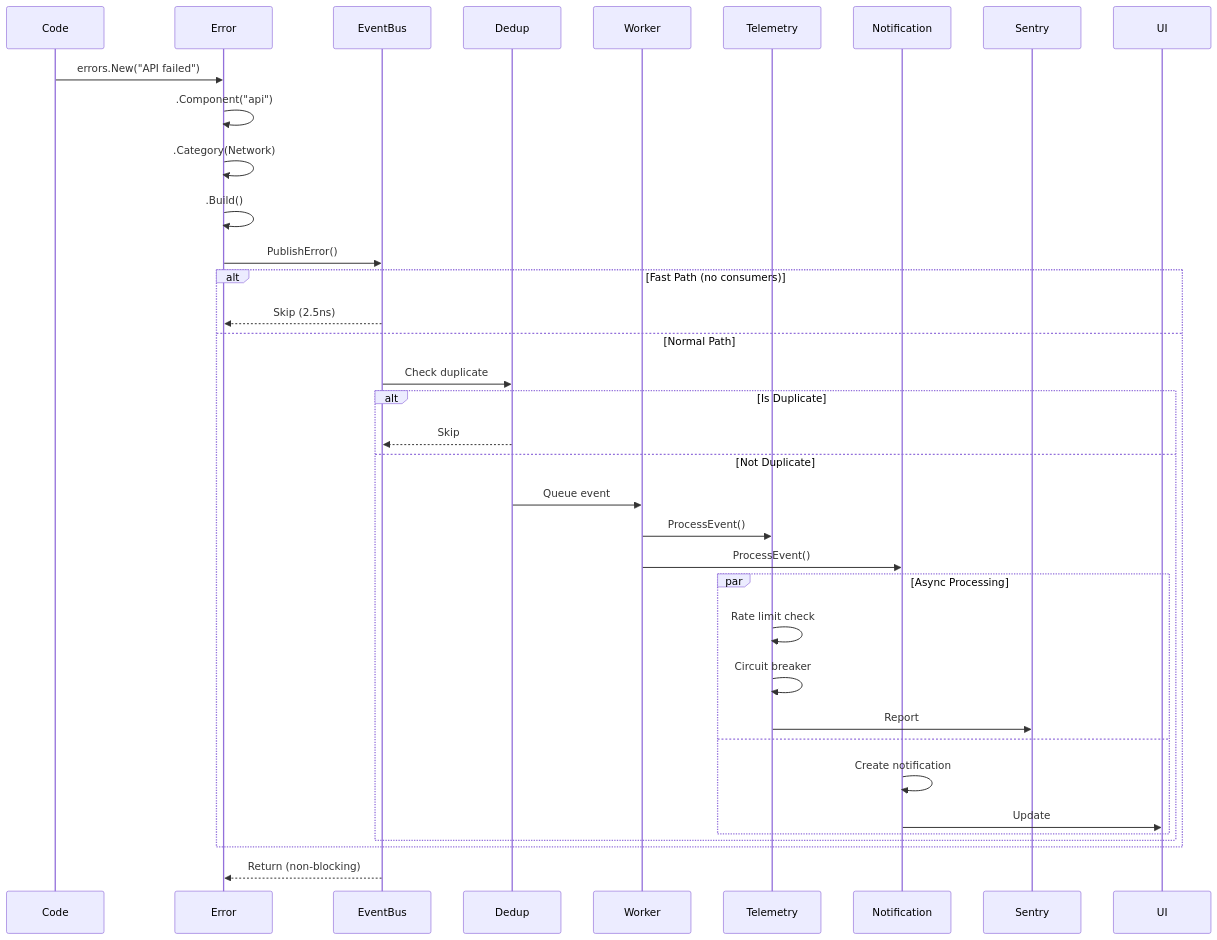
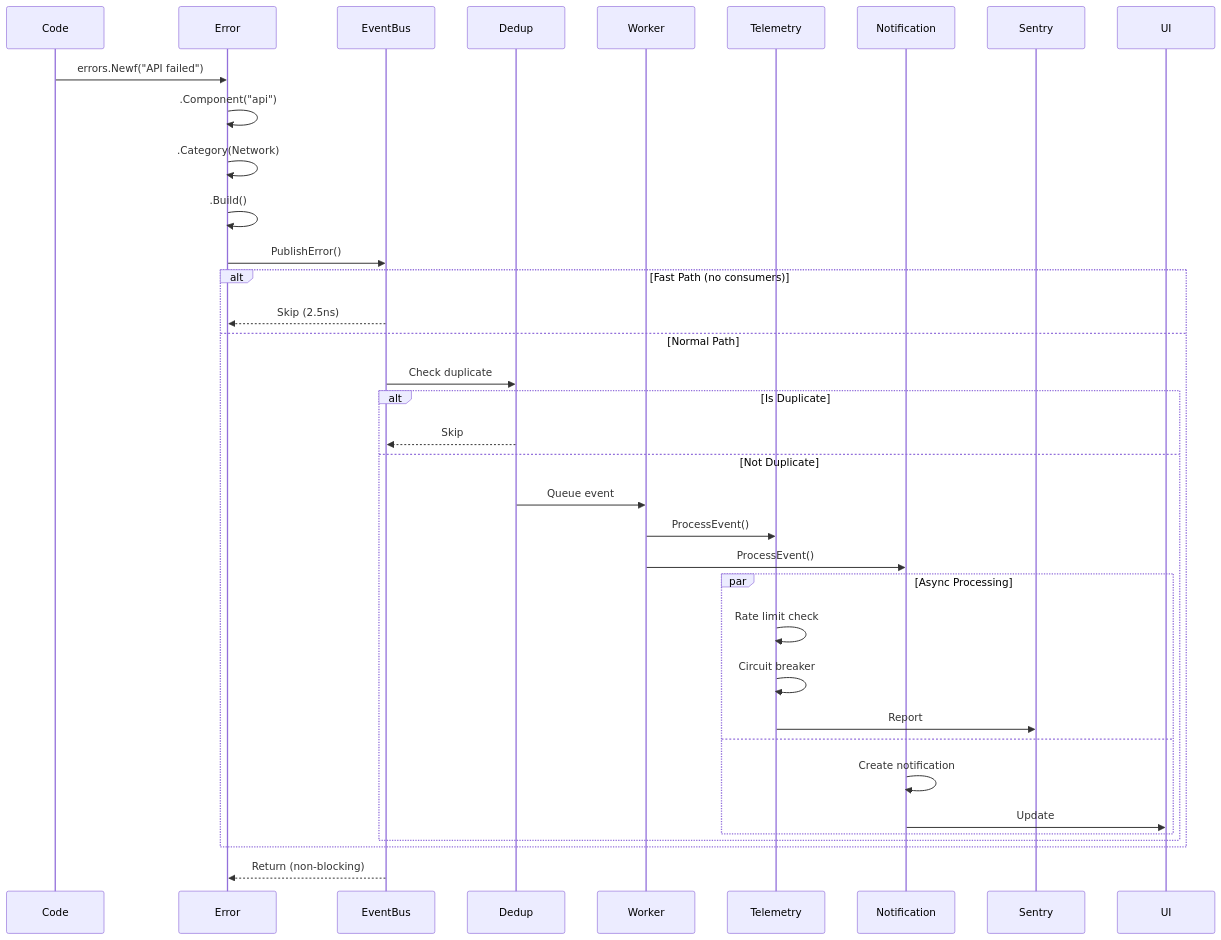
The third of 3 diagrams in internal/events/ARCHITECTURE.md (tphakala/birdnet-go), drawn with Mermaid before and after one commit. The commit also changed 8 other files, not shown here.

````diff
--- a/internal/events/ARCHITECTURE.md
+++ b/internal/events/ARCHITECTURE.md
@@ -226,41 +226,41 @@
 ```mermaid
 sequenceDiagram
     participant Code
     participant Error
     participant EventBus
     participant Dedup
     participant Worker
     participant Telemetry
     participant Notification
 
-    Code->>Error: errors.New("API failed")
+    Code->>Error: errors.Newf("API failed")
     Error->>Error: .Component("api")
     Error->>Error: .Category(Network)
     Error->>Error: .Build()
 
     Error->>EventBus: PublishError()
 
     alt Fast Path (no consumers)
         EventBus-->>Error: Skip (2.5ns)
     else Normal Path
         EventBus->>Dedup: Check duplicate
         alt Is Duplicate
             Dedup-->>EventBus: Skip
         else Not Duplicate
             Dedup->>Worker: Queue event
             Worker->>Telemetry: ProcessEvent()
             Worker->>Notification: ProcessEvent()
 
             par Async Processing
                 Telemetry->>Telemetry: Rate limit check
                 Telemetry->>Telemetry: Circuit breaker
                 Telemetry->>Sentry: Report
             and
                 Notification->>Notification: Create notification
                 Notification->>UI: Update
             end
         end
     end
 
     EventBus-->>Error: Return (non-blocking)
 ```
````
